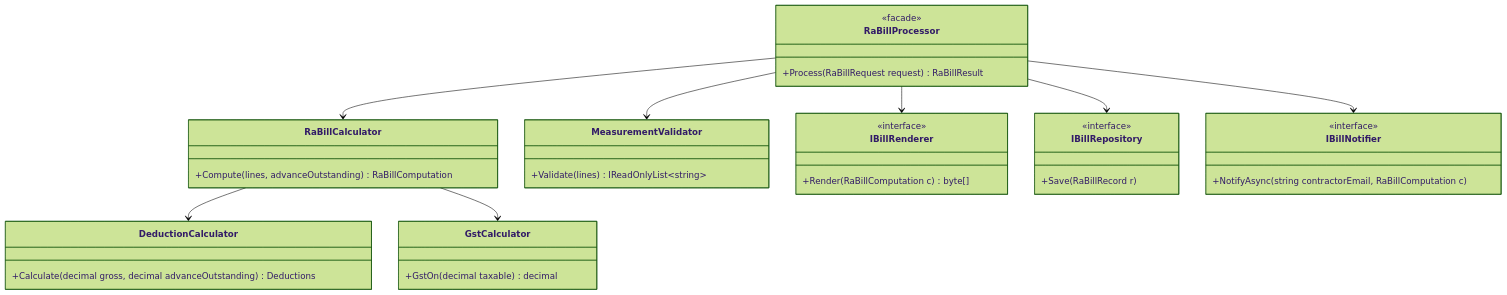
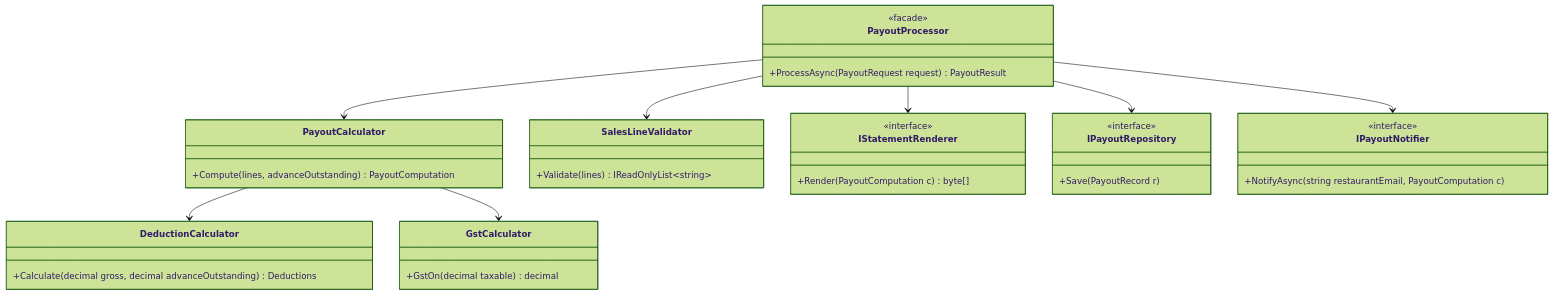
Before and after one commit to rizwi0786/system-design-lab: the first of 3 diagrams in content/lessons/m07/m07-refactoring-large-classes.md, drawn with Mermaid (forest theme). The commit also changed other lines of this file and 334 other files, not shown here.

````diff
--- a/content/lessons/m07/m07-refactoring-large-classes.md
+++ b/content/lessons/m07/m07-refactoring-large-classes.md
@@ -168,38 +168,38 @@
 ```mermaid
 classDiagram
-    class RaBillProcessor {
+    class PayoutProcessor {
         <<facade>>
-        +Process(RaBillRequest request) RaBillResult
+        +ProcessAsync(PayoutRequest request) PayoutResult
     }
-    class RaBillCalculator {
-        +Compute(lines, advanceOutstanding) RaBillComputation
+    class PayoutCalculator {
+        +Compute(lines, advanceOutstanding) PayoutComputation
     }
-    class MeasurementValidator {
+    class SalesLineValidator {
         +Validate(lines) IReadOnlyList~string~
     }
     class DeductionCalculator {
         +Calculate(decimal gross, decimal advanceOutstanding) Deductions
     }
     class GstCalculator {
         +GstOn(decimal taxable) decimal
     }
-    class IBillRenderer {
+    class IStatementRenderer {
         <<interface>>
-        +Render(RaBillComputation c) byte[]
+        +Render(PayoutComputation c) byte[]
     }
-    class IBillRepository {
+    class IPayoutRepository {
         <<interface>>
-        +Save(RaBillRecord r)
+        +Save(PayoutRecord r)
     }
-    class IBillNotifier {
+    class IPayoutNotifier {
         <<interface>>
-        +NotifyAsync(string contractorEmail, RaBillComputation c)
+        +NotifyAsync(string restaurantEmail, PayoutComputation c)
     }
-    RaBillProcessor --> MeasurementValidator
-    RaBillProcessor --> RaBillCalculator
-    RaBillProcessor --> IBillRenderer
-    RaBillProcessor --> IBillRepository
-    RaBillProcessor --> IBillNotifier
-    RaBillCalculator --> DeductionCalculator
-    RaBillCalculator --> GstCalculator
+    PayoutProcessor --> SalesLineValidator
+    PayoutProcessor --> PayoutCalculator
+    PayoutProcessor --> IStatementRenderer
+    PayoutProcessor --> IPayoutRepository
+    PayoutProcessor --> IPayoutNotifier
+    PayoutCalculator --> DeductionCalculator
+    PayoutCalculator --> GstCalculator
 ```
````
